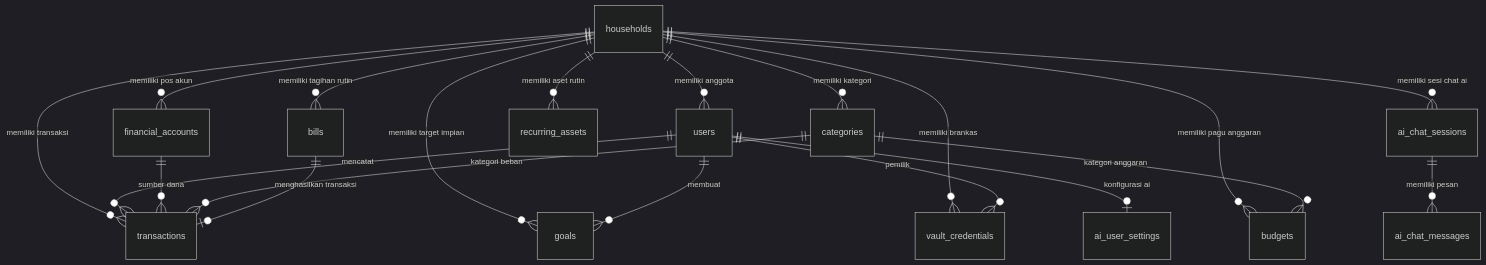
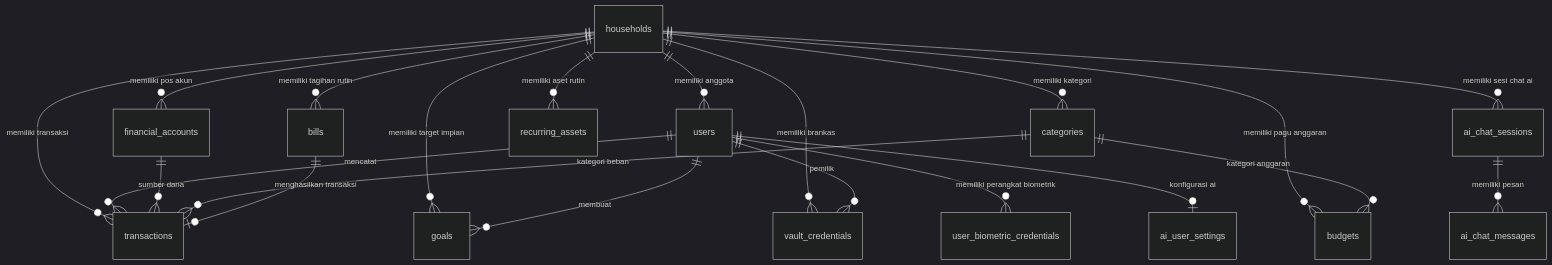
The second of 2 diagrams in README.md (thealfin/couplecash), drawn with Mermaid (dark theme) before and after one commit. The commit also changed other lines of this file and 68 other files, not shown here.

````diff
--- a/README.md
+++ b/README.md
@@ -195,24 +226,25 @@
 ```mermaid
 erDiagram
     households ||--o{ users : "memiliki anggota"
     households ||--o{ financial_accounts : "memiliki pos akun"
     households ||--o{ categories : "memiliki kategori"
     households ||--o{ transactions : "memiliki transaksi"
     households ||--o{ budgets : "memiliki pagu anggaran"
     households ||--o{ bills : "memiliki tagihan rutin"
     households ||--o{ recurring_assets : "memiliki aset rutin"
     households ||--o{ goals : "memiliki target impian"
     households ||--o{ vault_credentials : "memiliki brankas"
     households ||--o{ ai_chat_sessions : "memiliki sesi chat ai"
 
     users ||--o{ transactions : "mencatat"
     users ||--o{ goals : "membuat"
     users ||--o{ vault_credentials : "pemilik"
+    users ||--o{ user_biometric_credentials : "memiliki perangkat biometrik"
     users ||--o| ai_user_settings : "konfigurasi ai"
 
     financial_accounts ||--o{ transactions : "sumber dana"
     categories ||--o{ transactions : "kategori beban"
     categories ||--o{ budgets : "kategori anggaran"
     bills ||--o| transactions : "menghasilkan transaksi"
     ai_chat_sessions ||--o{ ai_chat_messages : "memiliki pesan"
 ```
````
